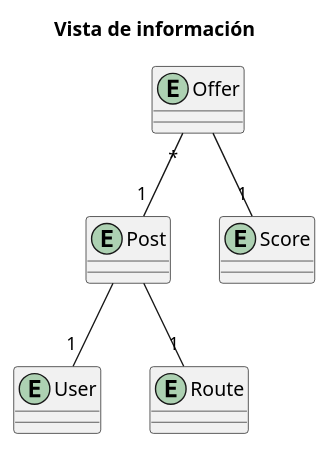
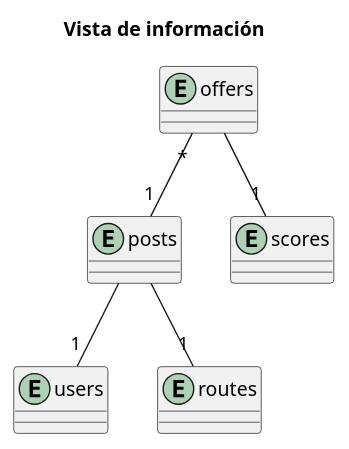
The diagram in docs/diagrams/entities.puml (ddi4z/Cloud-native-application-development-Course), drawn with PlantUML before and after one commit.

Commit message:
docs/cambio del nombre de entidades para ser acorde al diagrama y pipeline

```diff
--- a/docs/diagrams/entities.puml
+++ b/docs/diagrams/entities.puml
@@ -1,12 +1,12 @@
 title Vista de información
 
-entity User
-entity Route
-entity Post
-entity Offer
-entity Score
+entity "users" as users
+entity "routes" as routes
+entity "posts" as posts
+entity "offers" as offers
+entity "scores" as scores
 
-Post -- "1" User
-Post -- "1" Route
-Offer "*" -- "1" Post
-Offer -- "1" Score
+posts -- "1" users
+posts -- "1" routes
+offers "*" -- "1" posts
+offers -- "1" scores
```
